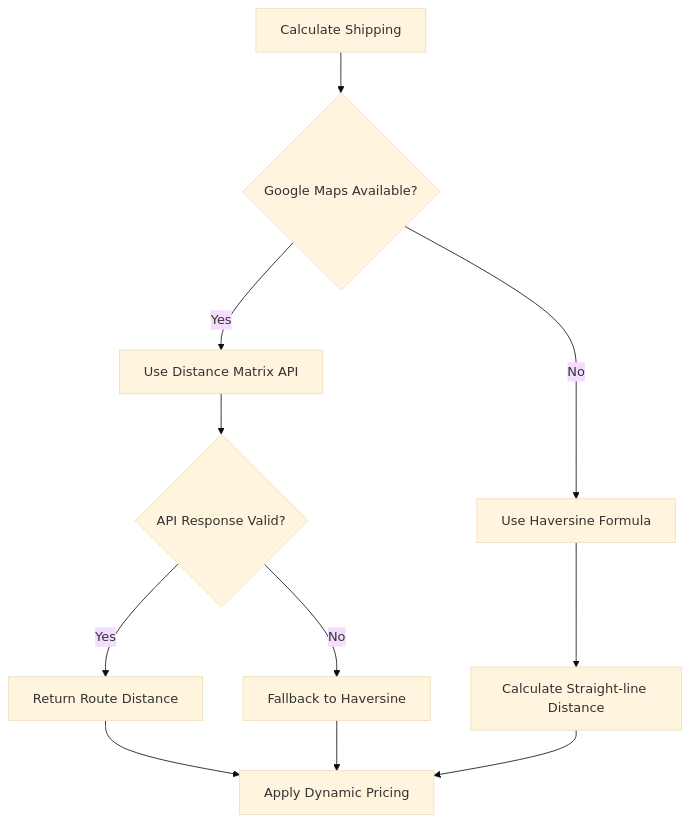
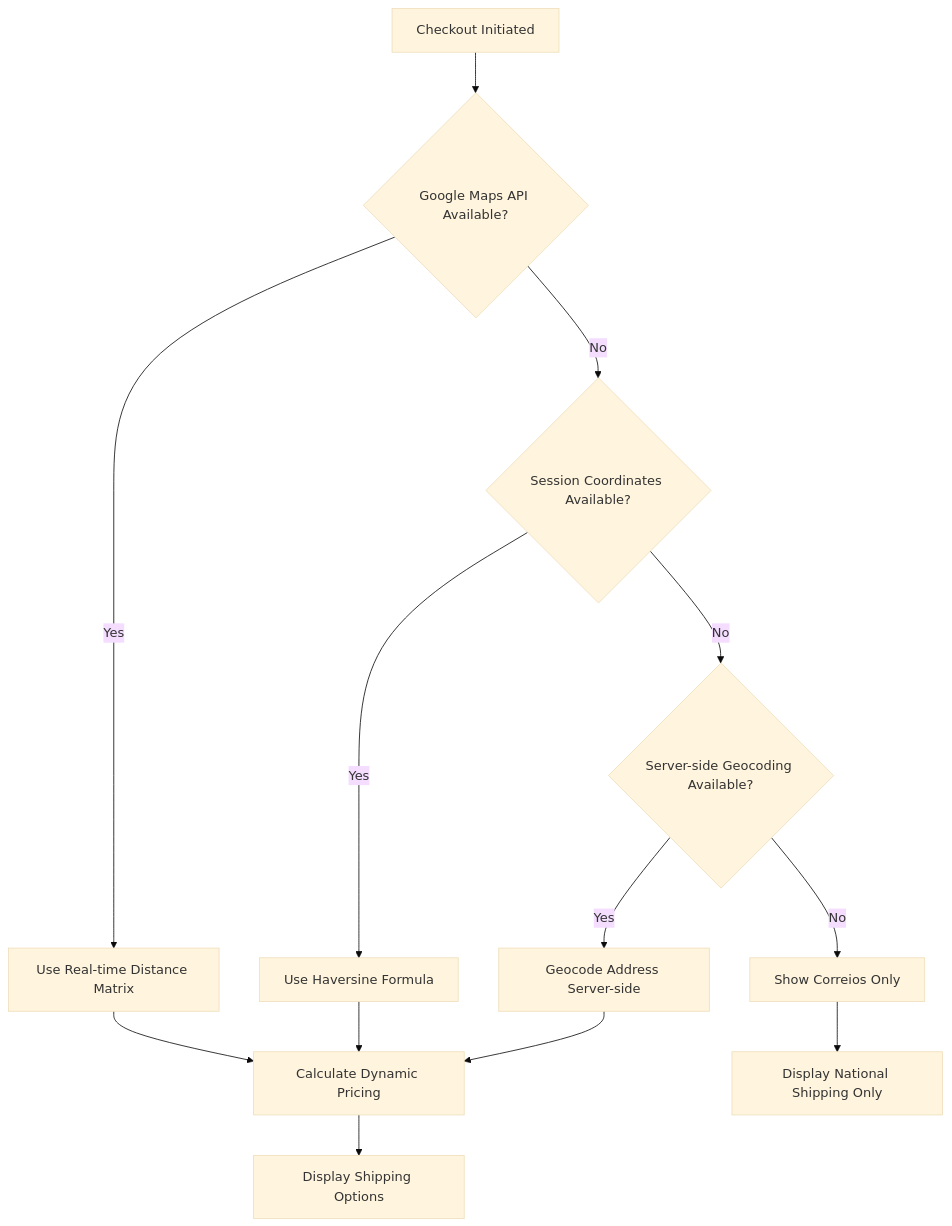
The first of 2 diagrams in docs/CONNECTIVITY.md (gustavofullstack/Woo_envios), drawn with Mermaid (base theme) before and after one commit. The commit also changed other lines of this file and 5 other files, not shown here.

````diff
--- a/docs/CONNECTIVITY.md
+++ b/docs/CONNECTIVITY.md
@@ -282,16 +306,15 @@
 ```mermaid
 graph TD
-    A[Calculate Shipping] --> B{Google Maps Available?}
-    B -->|Yes| C[Use Distance Matrix API]
-    B -->|No| D[Use Haversine Formula]
-    
-    C --> E{API Response Valid?}
-    E -->|Yes| F[Return Route Distance]
-    E -->|No| G[Fallback to Haversine]
-    
-    D --> H[Calculate Straight-line Distance]
-    
-    F --> I[Apply Dynamic Pricing]
+    A[Checkout Initiated] --> B{Google Maps API Available?}
+    B -->|Yes| C[Use Real-time Distance Matrix]
+    B -->|No| D{Session Coordinates Available?}
+    D -->|Yes| E[Use Haversine Formula]
+    D -->|No| F{Server-side Geocoding Available?}
+    F -->|Yes| G[Geocode Address Server-side]
+    F -->|No| H[Show Correios Only]
+    C --> I[Calculate Dynamic Pricing]
+    E --> I
     G --> I
-    H --> I
+    I --> J[Display Shipping Options]
+    H --> K[Display National Shipping Only]
 ```
````
